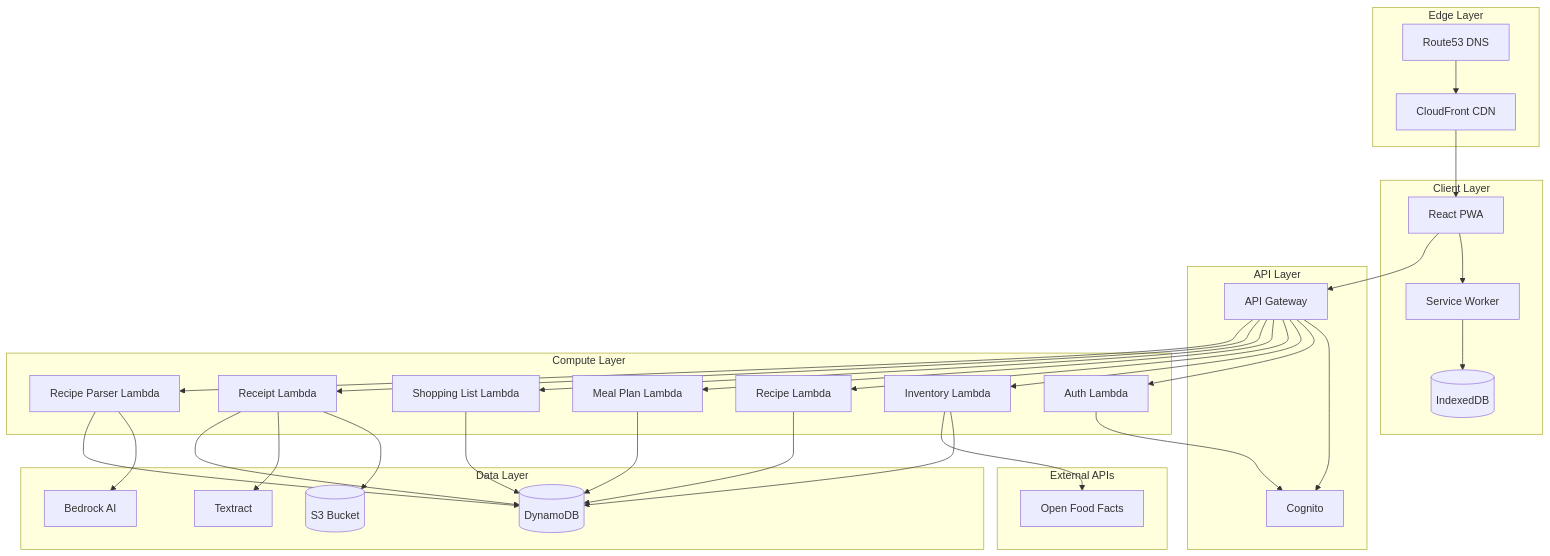
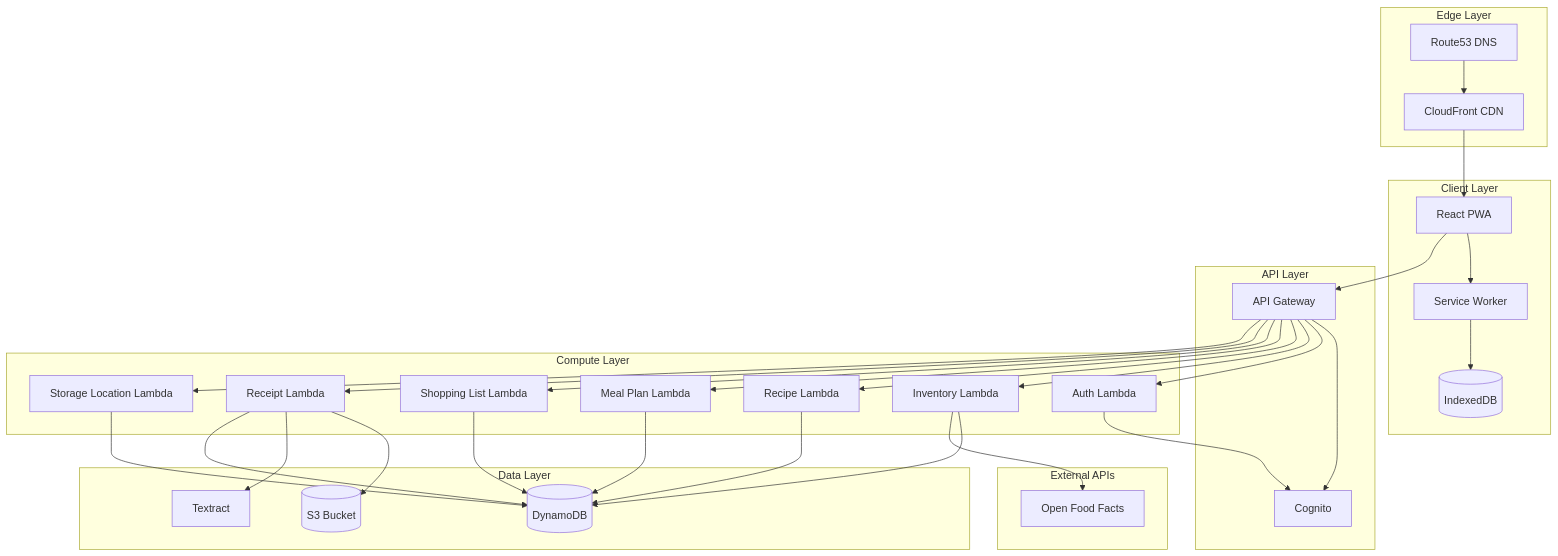
Before and after one commit to saintiago/pantry-tracking-app: the first of 3 diagrams in .kiro/specs/pantry-tracking-app/design.md, drawn with Mermaid. The commit also changed other lines of this file and 2 other files, not shown here.

First line of the commit message:
Remove Requirement 12: AI Recipe Text Parsing from spec

````diff
--- a/.kiro/specs/pantry-tracking-app/design.md
+++ b/.kiro/specs/pantry-tracking-app/design.md
@@ -36,64 +34,62 @@
 ```mermaid
 graph TB
     subgraph "Client Layer"
         PWA[React PWA]
         SW[Service Worker]
         IDB[(IndexedDB)]
     end
     
     subgraph "Edge Layer"
         CF[CloudFront CDN]
         R53[Route53 DNS]
     end
     
     subgraph "API Layer"
         APIGW[API Gateway]
         COG[Cognito]
     end
     
     subgraph "Compute Layer"
         AUTH[Auth Lambda]
         INVENTORY[Inventory Lambda]
         RECIPE[Recipe Lambda]
         MEAL[Meal Plan Lambda]
         SHOPPING[Shopping List Lambda]
         RECEIPT[Receipt Lambda]
-        PARSER[Recipe Parser Lambda]
+        LOCATION[Storage Location Lambda]
     end
     
     subgraph "Data Layer"
         DDB[(DynamoDB)]
         S3[(S3 Bucket)]
         TXT[Textract]
-        BDR[Bedrock AI]
     end
     
     subgraph "External APIs"
         OFF[Open Food Facts]
     end
     
     R53 --> CF
     CF --> PWA
     PWA --> SW
     SW --> IDB
     PWA --> APIGW
     APIGW --> COG
     APIGW --> AUTH
     APIGW --> INVENTORY
     APIGW --> RECIPE
     APIGW --> MEAL
     APIGW --> SHOPPING
     APIGW --> RECEIPT
-    APIGW --> PARSER
+    APIGW --> LOCATION
     AUTH --> COG
     INVENTORY --> DDB
     INVENTORY --> OFF
     RECIPE --> DDB
     MEAL --> DDB
     SHOPPING --> DDB
     RECEIPT --> S3
     RECEIPT --> TXT
     RECEIPT --> DDB
-    PARSER --> BDR
-    PARSER --> DDB
+    LOCATION --> DDB
 ```
````
